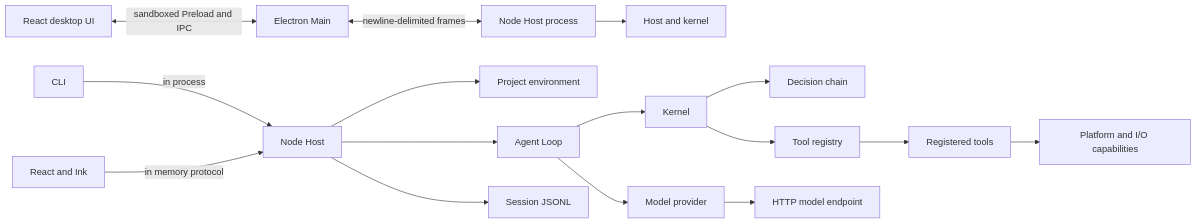
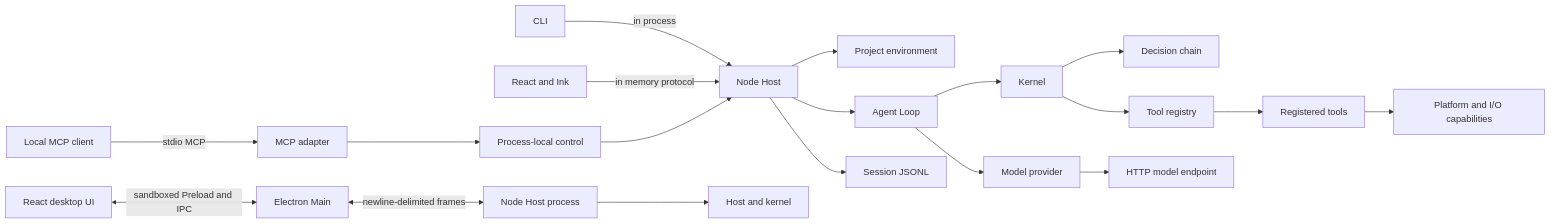
One commit to xswt442-cmd/ligule changed the first of 3 diagrams in docs/development/ARCHITECTURE.en.md. Above: the diagram before and after it, drawn with Mermaid. The commit also changed other lines of this file and 8 other files, not shown here.

Commit message:
docs: explain local MCP control and shared Host responsibilities

````diff
--- a/docs/development/ARCHITECTURE.en.md
+++ b/docs/development/ARCHITECTURE.en.md
@@ -27,18 +27,21 @@
 ```mermaid
 flowchart LR
   CLI[CLI] -->|in process| Host[Node Host]
   TUI[React and Ink] -->|in memory protocol| Host
+  External[Local MCP client] -->|stdio MCP| MCP[MCP adapter]
+  MCP --> Control[Process-local control]
+  Control --> Host
   Web[React desktop UI] <-->|sandboxed Preload and IPC| Main[Electron Main]
   Main <-->|newline-delimited frames| Child[Node Host process]
   Child --> HostLogic[Host and kernel]
   Host --> Project[Project environment]
   Host --> Loop[Agent Loop]
   Host --> Session[Session JSONL]
   Loop --> Provider[Model provider]
   Loop --> Kernel[Kernel]
   Kernel --> Policy[Decision chain]
   Kernel --> Registry[Tool registry]
   Registry --> Tool[Registered tools]
   Tool --> Capability[Platform and I/O capabilities]
   Provider --> Endpoint[HTTP model endpoint]
 ```
````
